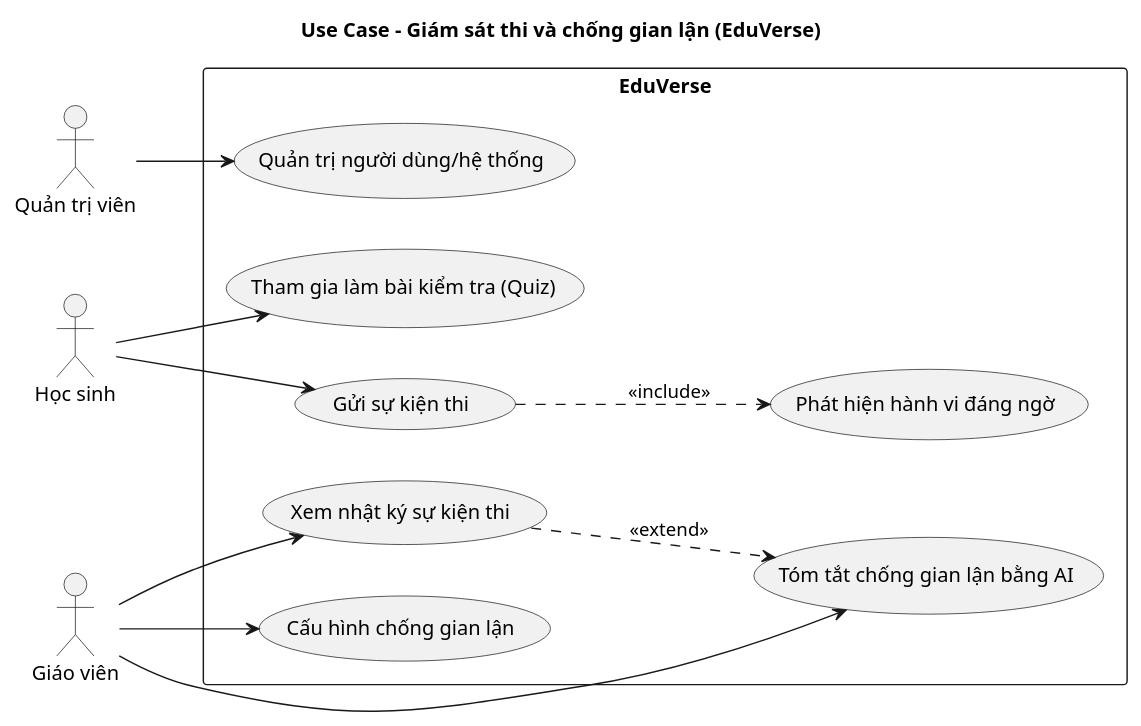
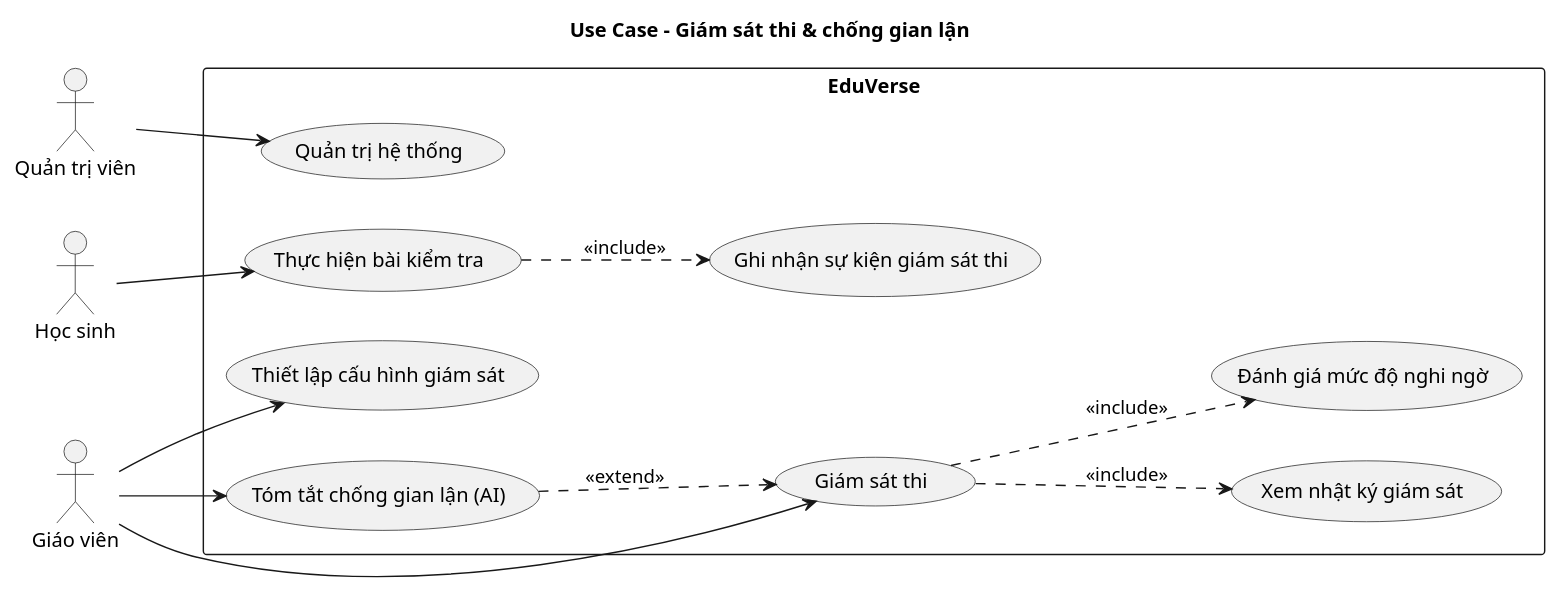
The diagram in docs/luanvan/figures/uml/puml/usecase-anti-cheat.puml (Tungggggggggggggg/secondary-lms-system), drawn with PlantUML before and after one commit. The commit also changed 13 other files, not shown here.

First line of the commit message:
Cập nhật và tinh chỉnh các sơ đồ ca sử dụng (Use Case) UML và mô tả

```diff
--- a/docs/luanvan/figures/uml/puml/usecase-anti-cheat.puml
+++ b/docs/luanvan/figures/uml/puml/usecase-anti-cheat.puml
@@ -1,32 +1,37 @@
 @startuml usecase-anti-cheat
-title Use Case - Giám sát thi và chống gian lận (EduVerse)
+title Use Case - Giám sát thi & chống gian lận
 
 left to right direction
 skinparam packageStyle rectangle
 
 actor "Học sinh" as Student
 actor "Giáo viên" as Teacher
 actor "Quản trị viên" as Admin
 
 rectangle "EduVerse" {
-  usecase "Tham gia làm bài kiểm tra (Quiz)" as UC_TakeQuiz
-  usecase "Gửi sự kiện thi" as UC_SendEvent
-  usecase "Phát hiện hành vi đáng ngờ" as UC_Detect
-  usecase "Xem nhật ký sự kiện thi" as UC_ViewLogs
-  usecase "Tóm tắt chống gian lận bằng AI" as UC_AISummary
-  usecase "Cấu hình chống gian lận" as UC_Config
-  usecase "Quản trị người dùng/hệ thống" as UC_Admin
+  usecase "Thực hiện bài kiểm tra" as UC_TakeExam
+  usecase "Ghi nhận sự kiện giám sát thi" as UC_RecordEvents
+
+  usecase "Giám sát thi" as UC_Monitor
+  usecase "Xem nhật ký giám sát" as UC_ViewLogs
+  usecase "Đánh giá mức độ nghi ngờ" as UC_AssessRisk
+  usecase "Tóm tắt chống gian lận (AI)" as UC_AISummary
+
+  usecase "Thiết lập cấu hình giám sát" as UC_Config
+  usecase "Quản trị hệ thống" as UC_Admin
 }
 
-Student --> UC_TakeQuiz
-Student --> UC_SendEvent
-UC_SendEvent ..> UC_Detect : <<include>>
+Student --> UC_TakeExam
+UC_TakeExam ..> UC_RecordEvents : <<include>>
 
-Teacher --> UC_ViewLogs
+Teacher --> UC_Monitor
 Teacher --> UC_Config
+
+UC_Monitor ..> UC_ViewLogs : <<include>>
+UC_Monitor ..> UC_AssessRisk : <<include>>
+UC_AISummary ..> UC_Monitor : <<extend>>
 Teacher --> UC_AISummary
-UC_ViewLogs ..> UC_AISummary : <<extend>>
 
 Admin --> UC_Admin
 
 @enduml
```
